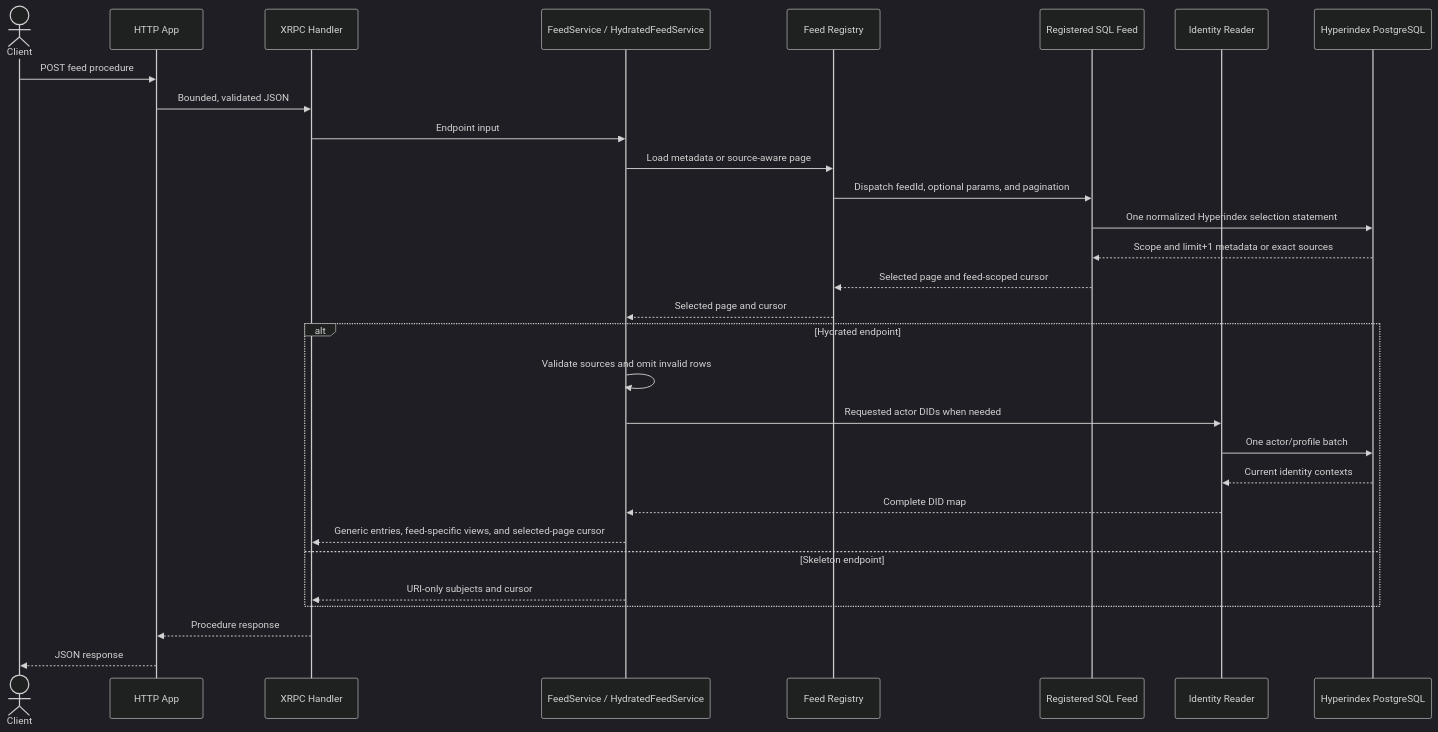
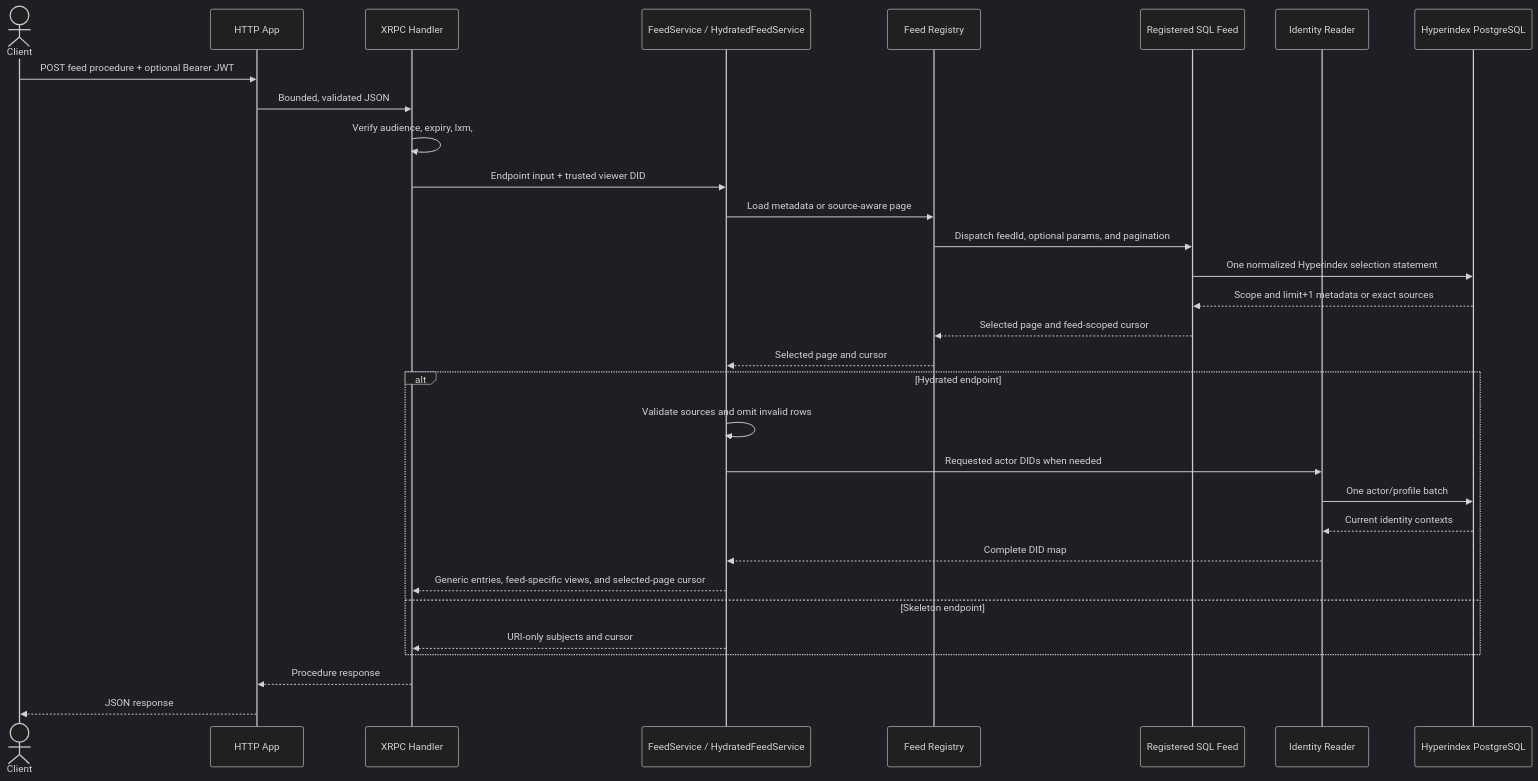
The diagram in README.md (hypercerts-org/certified-feed-service), drawn with Mermaid (dark theme) before and after one commit. The commit also changed other lines of this file and 25 other files, not shown here.

Commit message:
auth: add optional AT Protocol service authentication

````diff
--- a/README.md
+++ b/README.md
@@ -115,33 +115,34 @@
 ```mermaid
 sequenceDiagram
     actor Client
     participant HTTP as HTTP App
     participant XRPC as XRPC Handler
     participant Service as FeedService / HydratedFeedService
     participant Registry as Feed Registry
     participant Feed as Registered SQL Feed
     participant Identity as Identity Reader
     participant DB as Hyperindex PostgreSQL
 
-    Client->>HTTP: POST feed procedure
+    Client->>HTTP: POST feed procedure + optional Bearer JWT
     HTTP->>XRPC: Bounded, validated JSON
-    XRPC->>Service: Endpoint input
+    XRPC->>XRPC: Verify audience, expiry, lxm, #atproto signature
+    XRPC->>Service: Endpoint input + trusted viewer DID
     Service->>Registry: Load metadata or source-aware page
     Registry->>Feed: Dispatch feedId, optional params, and pagination
     Feed->>DB: One normalized Hyperindex selection statement
     DB-->>Feed: Scope and limit+1 metadata or exact sources
     Feed-->>Registry: Selected page and feed-scoped cursor
     Registry-->>Service: Selected page and cursor
     alt Hydrated endpoint
         Service->>Service: Validate sources and omit invalid rows
         Service->>Identity: Requested actor DIDs when needed
         Identity->>DB: One actor/profile batch
         DB-->>Identity: Current identity contexts
         Identity-->>Service: Complete DID map
         Service-->>XRPC: Generic entries, feed-specific views, and selected-page cursor
     else Skeleton endpoint
         Service-->>XRPC: URI-only subjects and cursor
     end
     XRPC-->>HTTP: Procedure response
     HTTP-->>Client: JSON response
 ```
````
